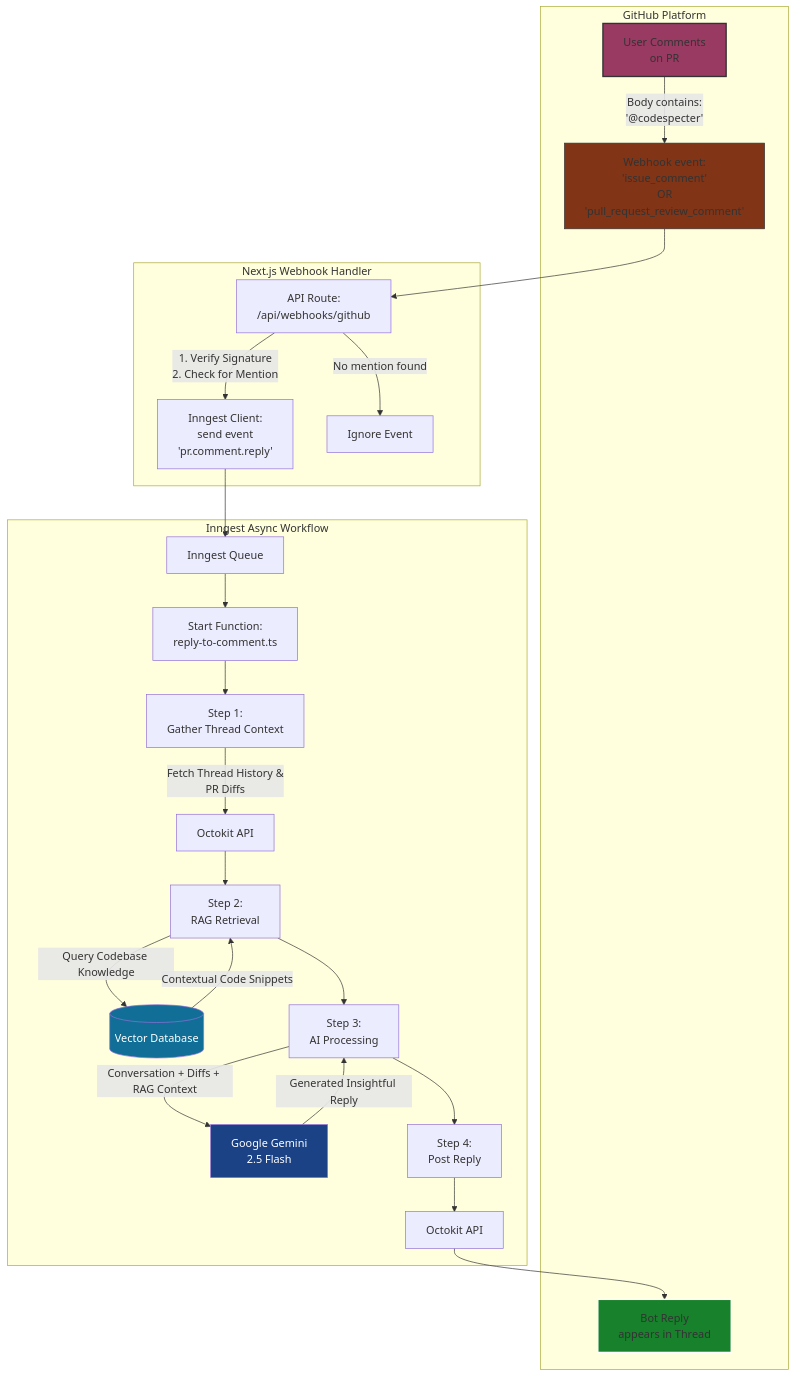
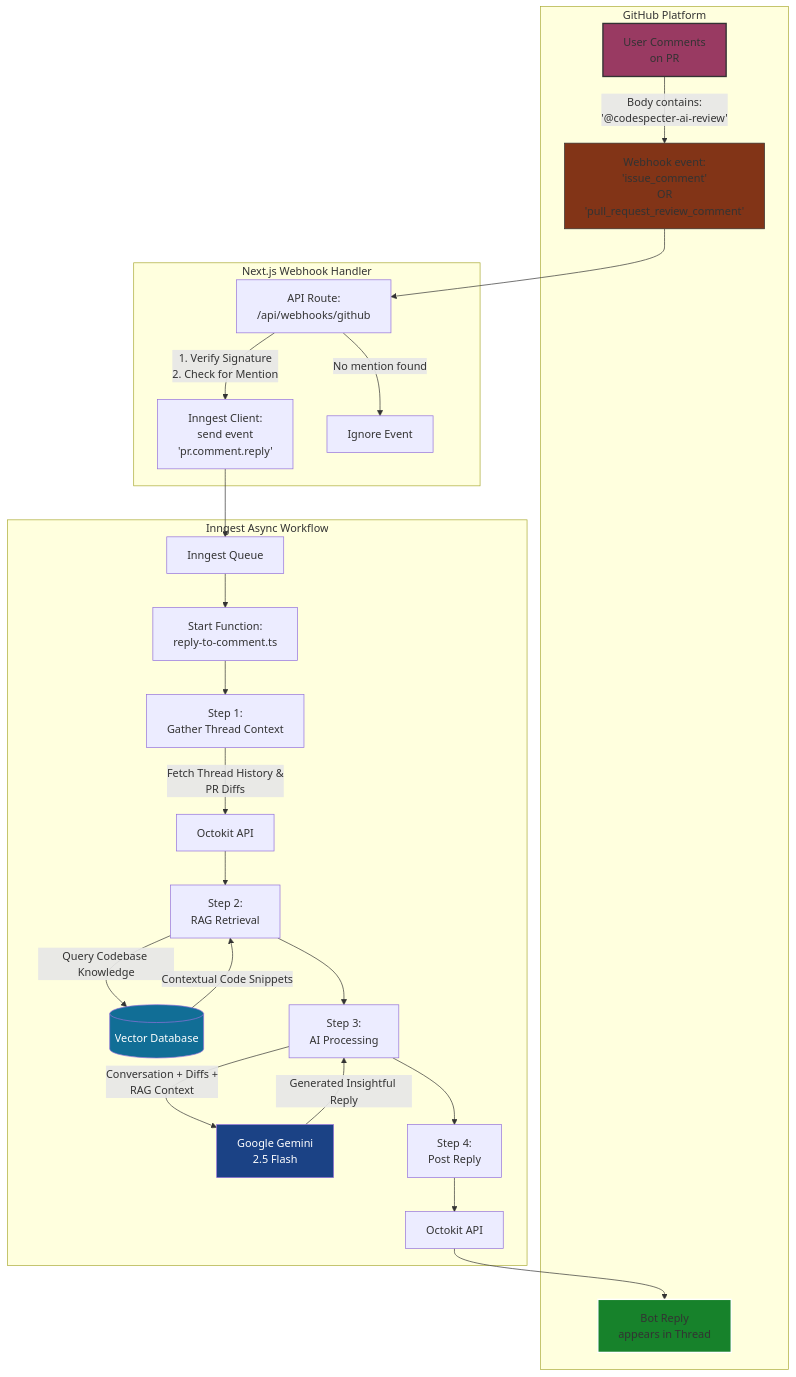
The third of 3 diagrams in README.md (AkshitGarg24/codespecter), drawn with Mermaid before and after one commit. The commit also changed other lines of this file, not shown here.

````diff
--- a/README.md
+++ b/README.md
@@ -126,57 +126,56 @@
 ```mermaid
 graph TD
     subgraph "GitHub Platform"
         A["User Comments<br/>on PR"]
         B["Webhook event:<br/>'issue_comment'<br/>OR<br/>'pull_request_review_comment'"]
         L["Bot Reply<br/>appears in Thread"]
 
-        A -->|Body contains:<br/>'@codespecter'| B
+        A -->|Body contains:<br/>'@codespecter-ai-review'| B
     end
 
     subgraph "Next.js Webhook Handler"
         C["API Route:<br/>/api/webhooks/github"]
         D["Inngest Client:<br/>send event<br/>'pr.comment.reply'"]
         X["Ignore Event"]
 
         B --> C
         C -- "1. Verify Signature<br/>2. Check for Mention" --> D
         C -- "No mention found" --> X
     end
 
     subgraph "Inngest Async Workflow"
         E["Inngest Queue"]
         F["Start Function:<br/>reply-to-comment.ts"]
 
         G["Step 1:<br/>Gather Thread Context"]
         H["Octokit API"]
 
         R1["Step 2:<br/>RAG Retrieval"]
         R2[("Vector Database")]
 
         I["Step 3:<br/>AI Processing"]
         J["Google Gemini<br/>2.5 Flash"]
 
         K["Step 4:<br/>Post Reply"]
         M["Octokit API"]
 
         D --> E --> F
         F --> G
         G -- "Fetch Thread History &<br/> PR Diffs" --> H
         H --> R1
         R1 -- "Query Codebase Knowledge" --> R2
         R2 -- "Contextual Code Snippets" --> R1
         R1 --> I
-        I -- "Conversation + Diffs + RAG Context" --> J
+        I -- "Conversation + Diffs + <br/>RAG Context" --> J
         J -- "Generated Insightful Reply" --> I
         I --> K --> M
     end
 
     M --> L
 
     style A fill:#993a62,stroke:#333,stroke-width:2px
     style J fill:#1b4285,color:#fff
     style B fill:#823417,stroke:#333
     style L fill:#17822b,stroke:#fff,stroke-width:2px
     style R2 fill:#116e96,color:#fff
-
 ```
````
